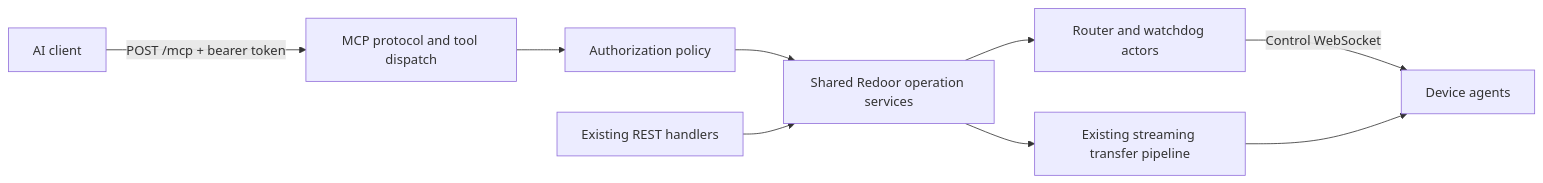
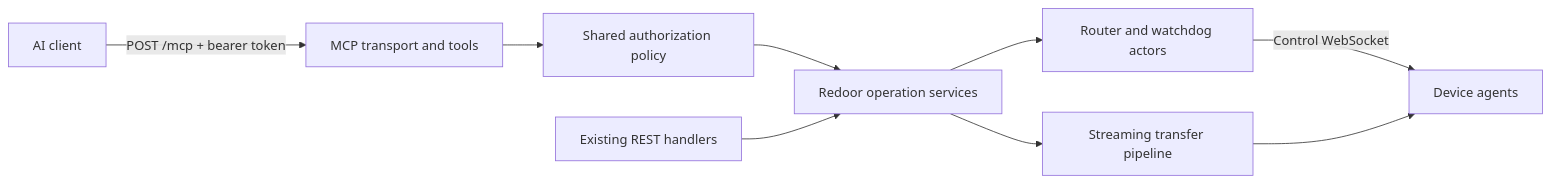
The diagram in plans/mcp.md (FruitieX/redoor), drawn with Mermaid before and after one commit. The commit also changed other lines of this file, not shown here.

First line of the commit message:
Organize the MCP plan into three sequential implementation stages

````diff
--- a/plans/mcp.md
+++ b/plans/mcp.md
@@ -28,11 +63,11 @@
 ```mermaid
 flowchart LR
-    AI[AI client] -->|POST /mcp + bearer token| MCP[MCP protocol and tool dispatch]
-    MCP --> Policy[Authorization policy]
-    Policy --> Services[Shared Redoor operation services]
+    AI[AI client] -->|POST /mcp + bearer token| MCP[MCP transport and tools]
+    MCP --> Policy[Shared authorization policy]
+    Policy --> Services[Redoor operation services]
     REST[Existing REST handlers] --> Services
     Services --> Router[Router and watchdog actors]
     Router -->|Control WebSocket| Agents[Device agents]
-    Services --> Transfers[Existing streaming transfer pipeline]
+    Services --> Transfers[Streaming transfer pipeline]
     Transfers --> Agents
 ```
````
